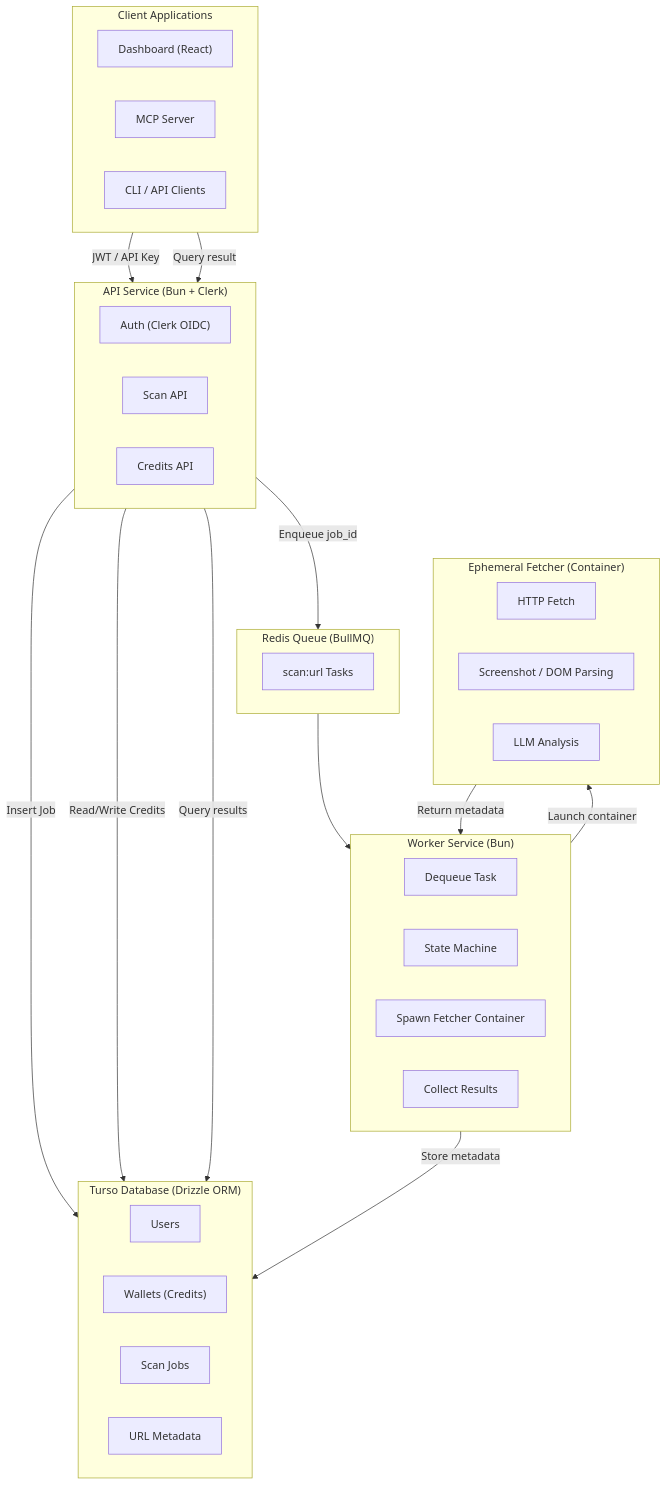
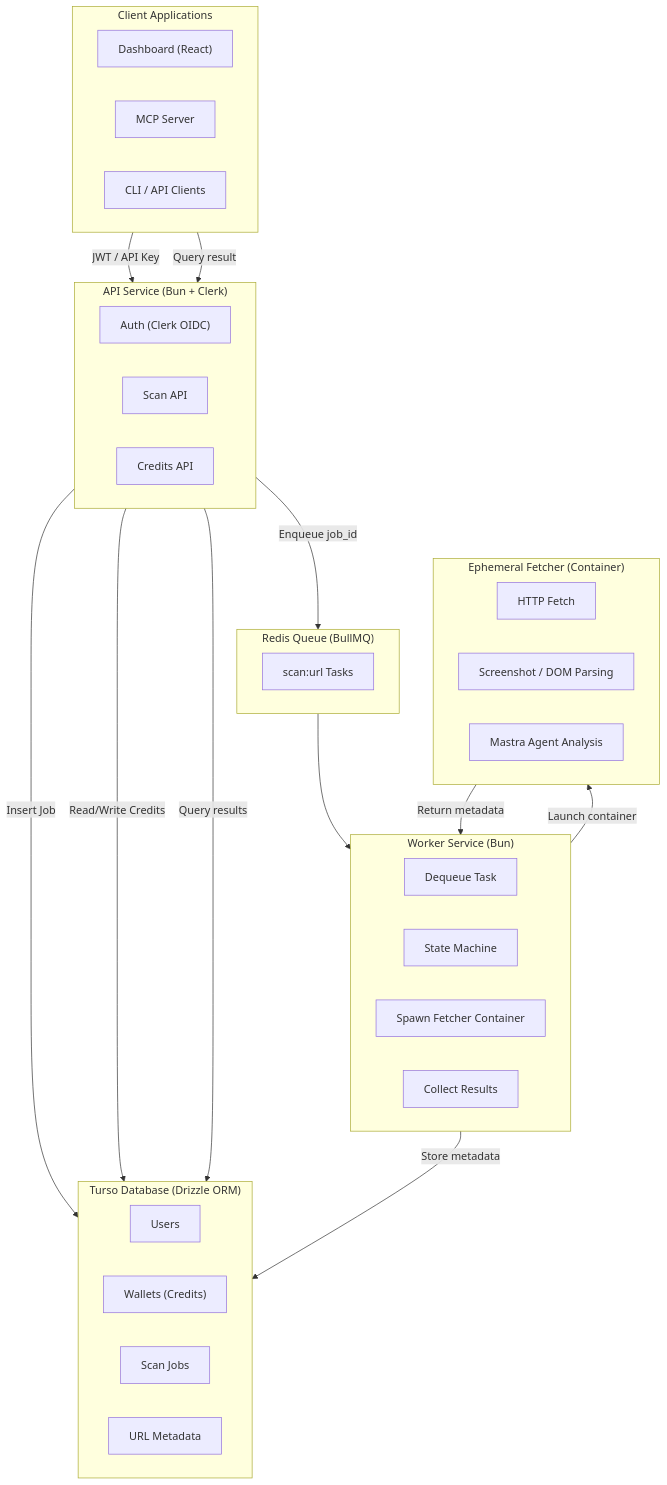
One commit to safeurlai/safeurl changed the first of 3 diagrams in README.md. Above: the diagram before and after it, drawn with Mermaid. The commit also changed other lines of this file and 1 other file, not shown here.

````diff
--- a/README.md
+++ b/README.md
@@ -35,49 +36,49 @@
 ```mermaid
 flowchart TD
     subgraph CLIENT["Client Applications"]
         A1["Dashboard (React)"]
         A2["MCP Server"]
         A3["CLI / API Clients"]
     end
 
     subgraph API["API Service (Bun + Clerk)"]
         B1["Auth (Clerk OIDC)"]
         B2["Scan API"]
         B3["Credits API"]
     end
 
     subgraph DB["Turso Database (Drizzle ORM)"]
         C1["Users"]
         C2["Wallets (Credits)"]
         C3["Scan Jobs"]
         C4["URL Metadata"]
     end
 
     subgraph QUEUE["Redis Queue (BullMQ)"]
         D1["scan:url Tasks"]
     end
 
     subgraph WORKER["Worker Service (Bun)"]
         E1["Dequeue Task"]
         E2["State Machine"]
         E3["Spawn Fetcher Container"]
         E4["Collect Results"]
     end
 
     subgraph FETCHER["Ephemeral Fetcher (Container)"]
         F1["HTTP Fetch"]
         F2["Screenshot / DOM Parsing"]
-        F3["LLM Analysis"]
+        F3["Mastra Agent Analysis"]
     end
 
     CLIENT -->|JWT / API Key| API
     API -->|Insert Job| DB
     API -->|Read/Write Credits| DB
     API -->|Enqueue job_id| QUEUE
     API -->|Query results| DB
     QUEUE --> WORKER
     WORKER -->|Launch container| FETCHER
     FETCHER -->|Return metadata| WORKER
     WORKER -->|Store metadata| DB
     CLIENT -->|Query result| API
 ```
````
